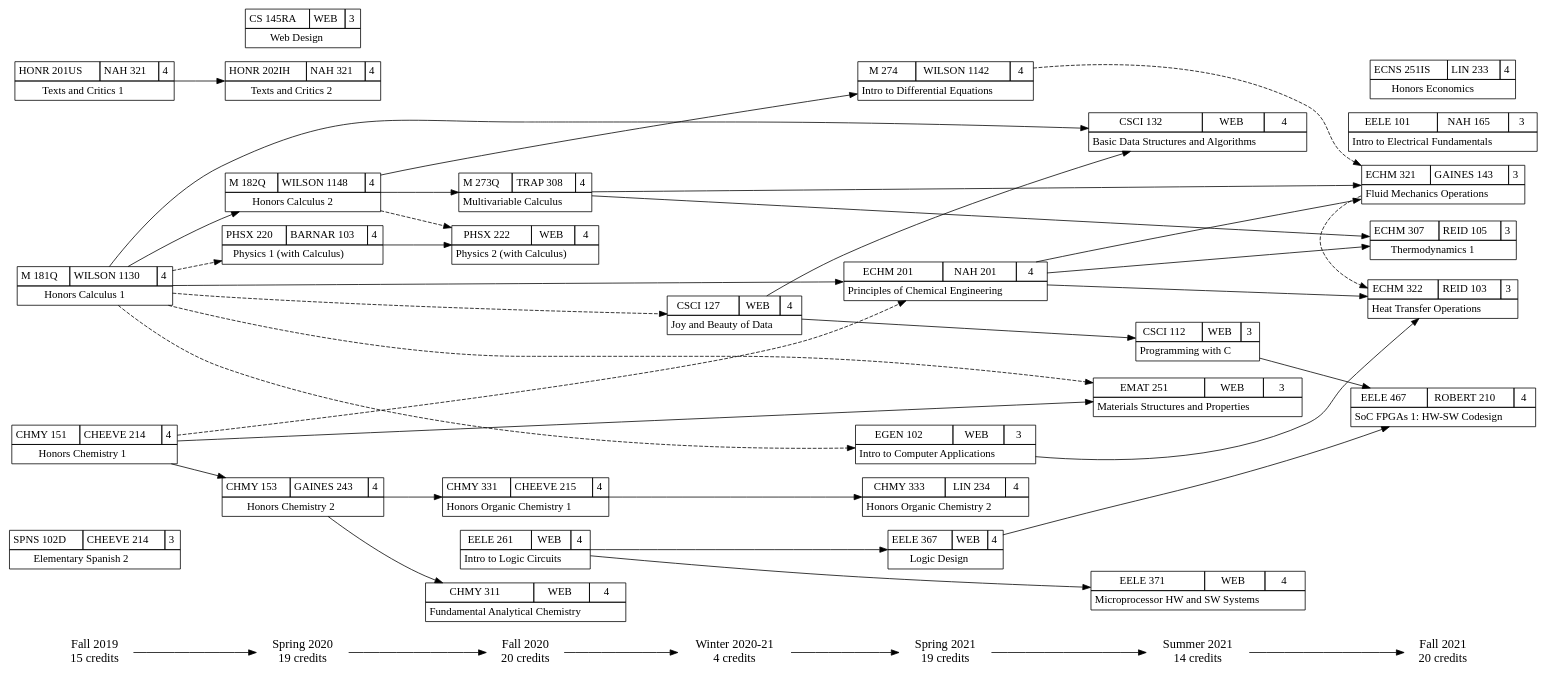
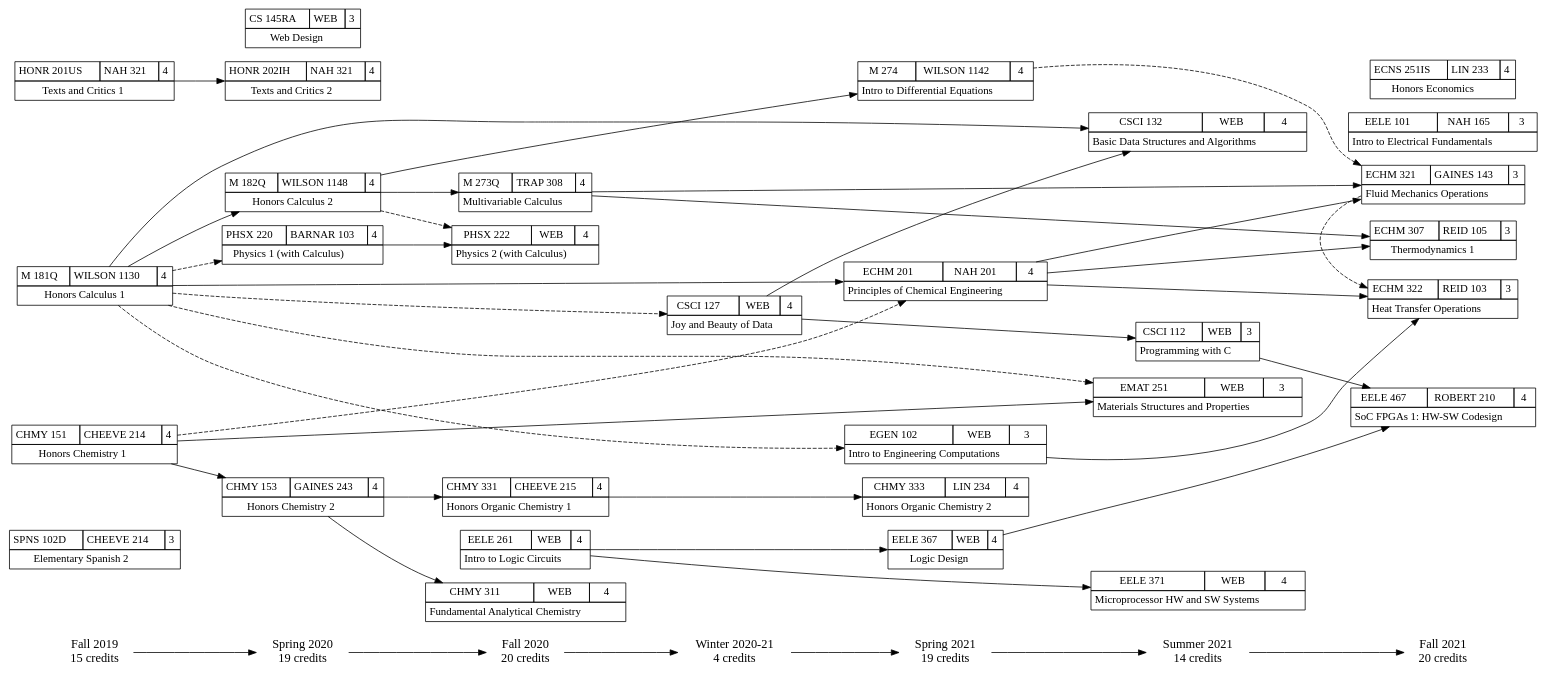
The diagram in courses_current.gv (w-culhane/courses-flowchart), drawn with Graphviz before and after one commit. The commit also changed 1 other file, not shown here.

```diff
--- a/courses_current.gv
+++ b/courses_current.gv
@@ -229,7 +229,7 @@
     <TD>WEB</TD>
     <TD>3</TD>
     </TR>
-    <TR><TD COLSPAN="3">Intro to Computer Applications</TD></TR>
+    <TR><TD COLSPAN="3">Intro to Engineering Computations</TD></TR>
     </TABLE>>];
 
     "M 274" [label=<
```
